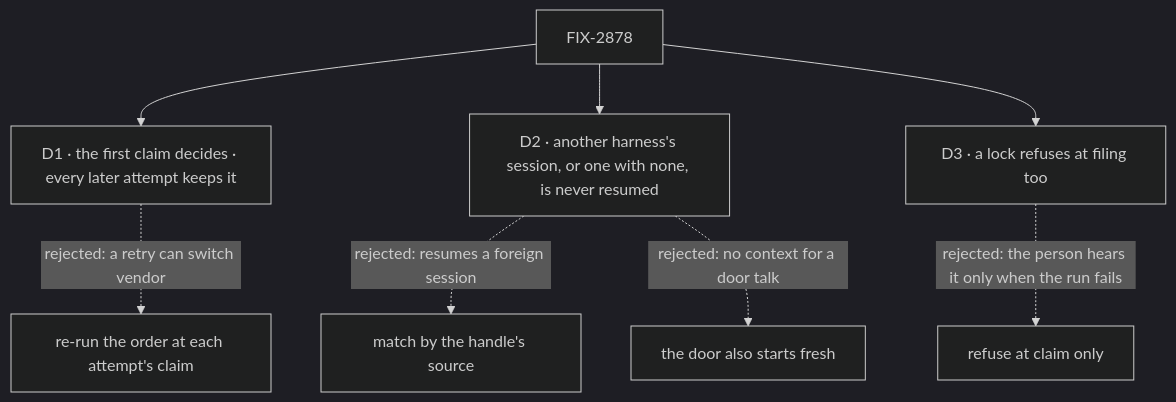
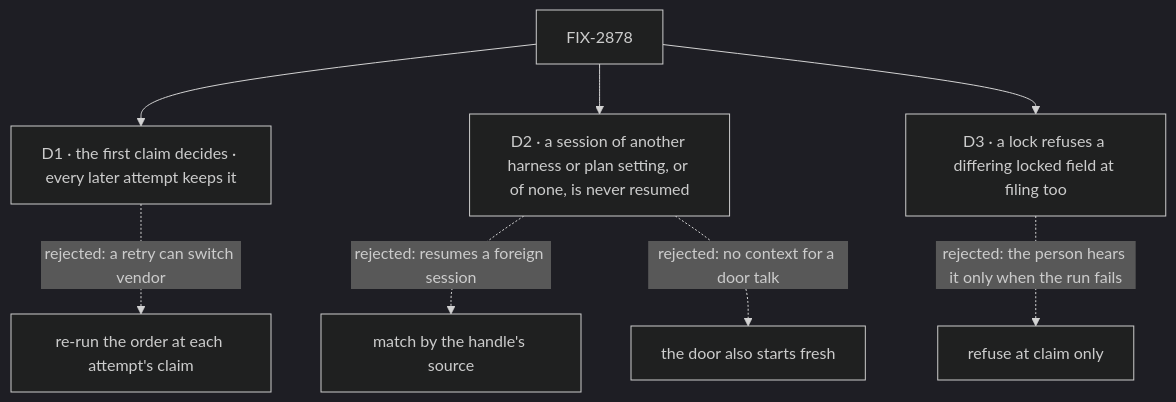
Before and after one commit to fixpoint-labs/flow-state-dev: the diagram in specs/issues/FIX-2878/DECISIONS.md, drawn with Mermaid (dark theme). The commit also changed other lines of this file and 5 other files, not shown here.

````diff
--- a/specs/issues/FIX-2878/DECISIONS.md
+++ b/specs/issues/FIX-2878/DECISIONS.md
@@ -12,10 +13,10 @@
 ```mermaid
 flowchart TD
   I["FIX-2878"] --> D1["D1 · the first claim decides · every later attempt keeps it"]
   D1 -.->|"rejected: a retry can switch vendor"| X1["re-run the order at each attempt's claim"]
-  I --> D2["D2 · another harness's session, or one with none, is never resumed"]
+  I --> D2["D2 · a session of another harness or plan setting, or of none, is never resumed"]
   D2 -.->|"rejected: resumes a foreign session"| X2["match by the handle's source"]
   D2 -.->|"rejected: no context for a door talk"| X3["the door also starts fresh"]
-  I --> D3["D3 · a lock refuses at filing too"]
+  I --> D3["D3 · a lock refuses a differing locked field at filing too"]
   D3 -.->|"rejected: the person hears it only when the run fails"| X4["refuse at claim only"]
 ```
````
